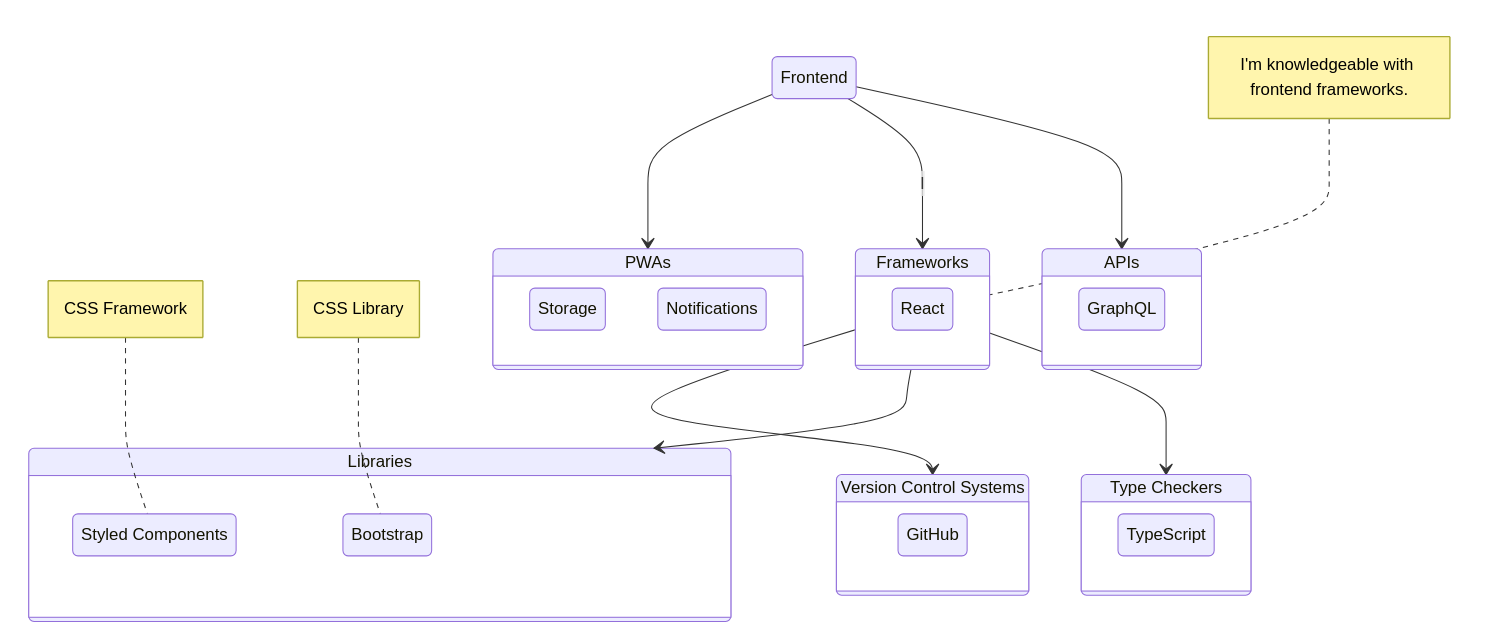
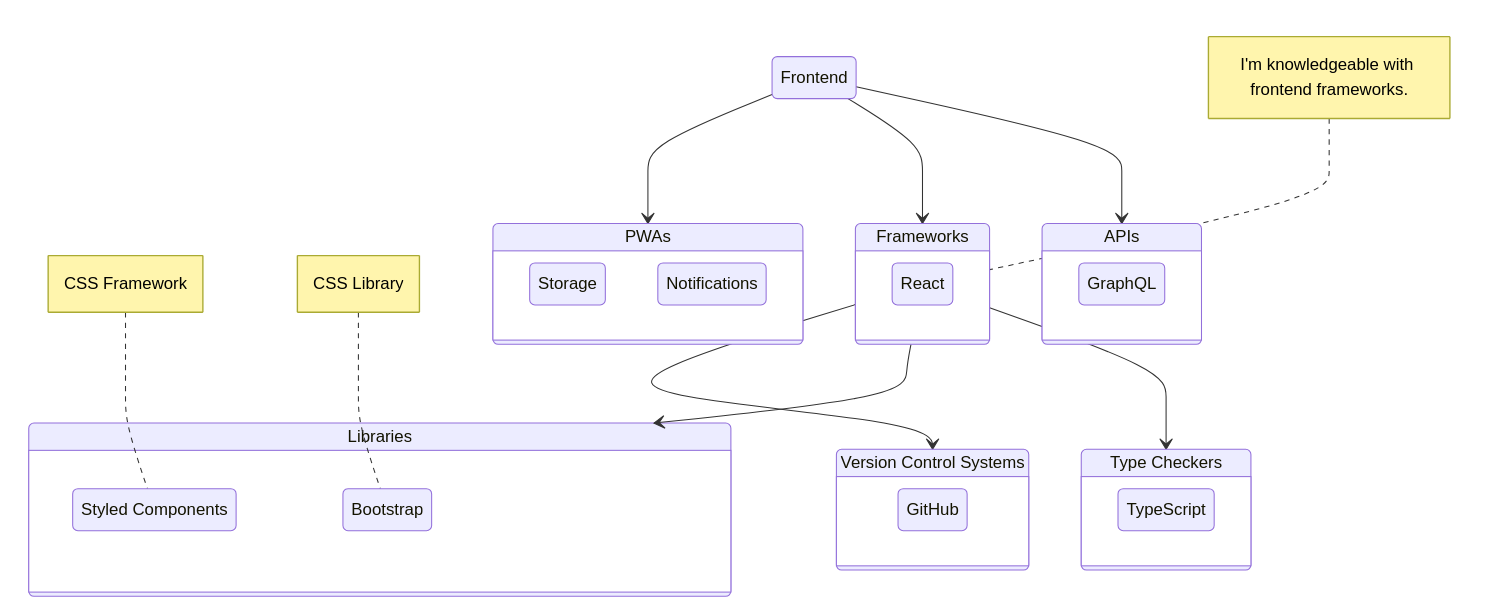
One commit to farunurisonmez/farunurisonmez changed the second of 3 diagrams in README.md. Above: the diagram before and after it, drawn with Mermaid.

````diff
--- a/README.md
+++ b/README.md
@@ -54,34 +54,34 @@
 ```mermaid
   stateDiagram-v2
     Frontend --> PWAs
       state PWAs {
         Storage
         Notifications
       }
-    Frontend --> Frameworks:l
+    Frontend --> Frameworks
       note left of Frameworks : I'm knowledgeable with frontend frameworks.
       state Frameworks {
         React
       }
     VersionControlSystems: Version Control Systems
     Frameworks --> VersionControlSystems
       state VersionControlSystems {
         GitHub
       }
     Frontend --> APIs
       state APIs {
         Graphql: GraphQL
       }
     Frameworks --> Libraries
       state Libraries {
         StyledComponents: Styled Components
         note left of StyledComponents : CSS Framework
         Bootstrap: Bootstrap
         note left of Bootstrap : CSS Library
       }
     TypeCheckers:Type Checkers
     Frameworks --> TypeCheckers
        state TypeCheckers {
         TypeScript: TypeScript
       }
 ```
````
